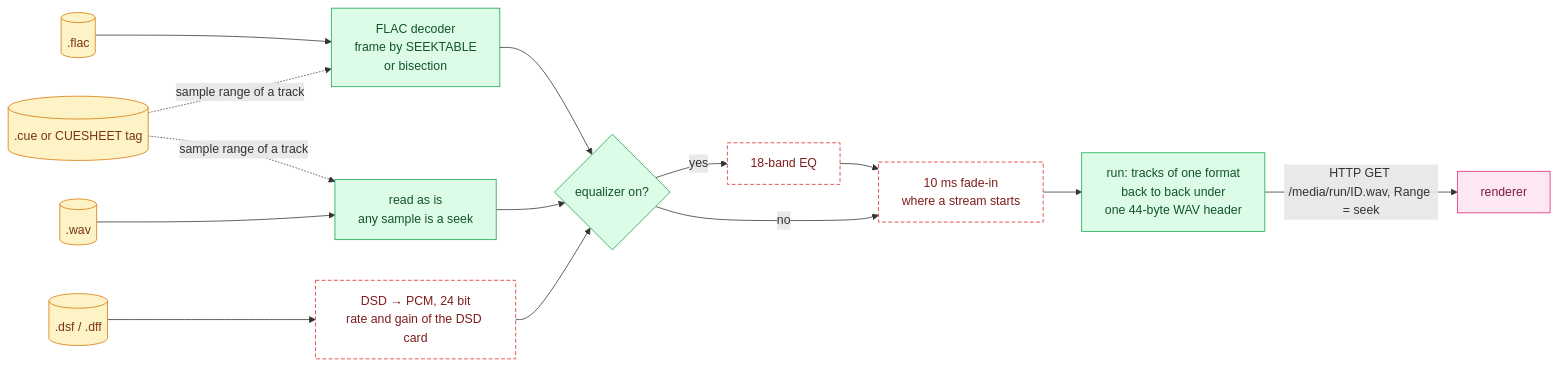
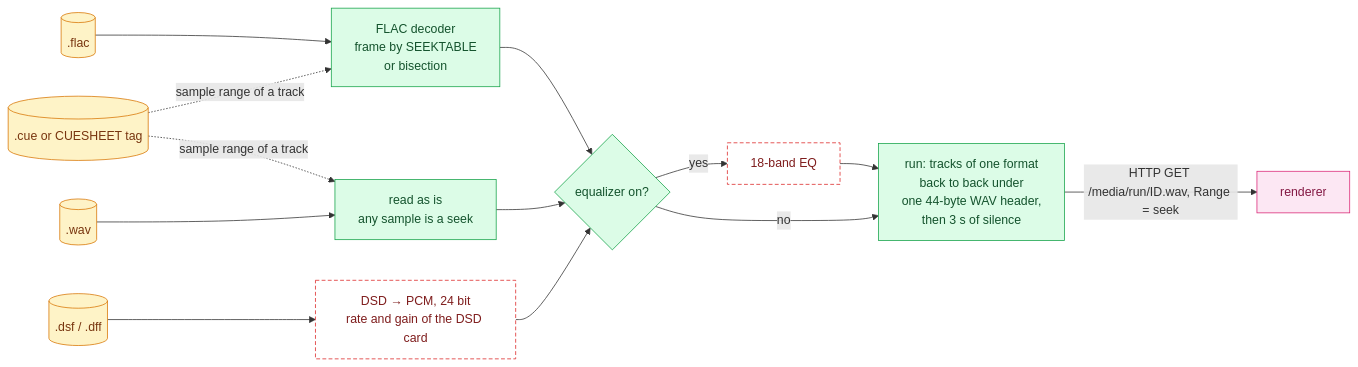
One commit to panedrone/go-upnp-player changed the second of 2 diagrams in docs/go-upnp-player-sad.md. Above: the diagram before and after it, drawn with Mermaid. The commit also changed other lines of this file and 17 other files, not shown here.

````diff
--- a/docs/go-upnp-player-sad.md
+++ b/docs/go-upnp-player-sad.md
@@ -227,39 +233,37 @@
 ```mermaid
 flowchart LR
     FLAC[(".flac")]
     WAV[(".wav")]
     DSD[(".dsf / .dff")]
     CUE[(".cue or CUESHEET tag")]
 
     DEC["FLAC decoder<br/>frame by SEEKTABLE<br/>or bisection"]
     PCM["read as is<br/>any sample is a seek"]
     CONV["DSD → PCM, 24 bit<br/>rate and gain of the DSD card"]
 
     EQQ{"equalizer on?"}
     EQ["18-band EQ"]
-    FADE["10 ms fade-in<br/>where a stream starts"]
-    RUN["run: tracks of one format<br/>back to back under<br/>one 44-byte WAV header"]
+    RUN["run: tracks of one format<br/>back to back under<br/>one 44-byte WAV header,<br/>then 3 s of silence"]
     R["renderer"]
 
     CUE -. "sample range of a track" .-> DEC
     CUE -. "sample range of a track" .-> PCM
     FLAC --> DEC
     WAV --> PCM
     DSD --> CONV
     DEC --> EQQ
     PCM --> EQQ
     CONV --> EQQ
-    EQQ -- yes --> EQ --> FADE
-    EQQ -- no --> FADE
-    FADE --> RUN
+    EQQ -- yes --> EQ --> RUN
+    EQQ -- no --> RUN
     RUN -- "HTTP GET /media/run/ID.wav, Range = seek" --> R
 
     classDef data fill:#fef3c7,stroke:#d97706,color:#78350f
     classDef app fill:#dcfce7,stroke:#16a34a,color:#14532d
     classDef touch fill:#fff,stroke:#dc2626,color:#7f1d1d,stroke-dasharray: 5 3
     classDef dev fill:#fce7f3,stroke:#db2777,color:#831843
     class FLAC,WAV,DSD,CUE data
     class DEC,PCM,RUN,EQQ app
-    class CONV,EQ,FADE touch
+    class CONV,EQ touch
     class R dev
 ```
````
